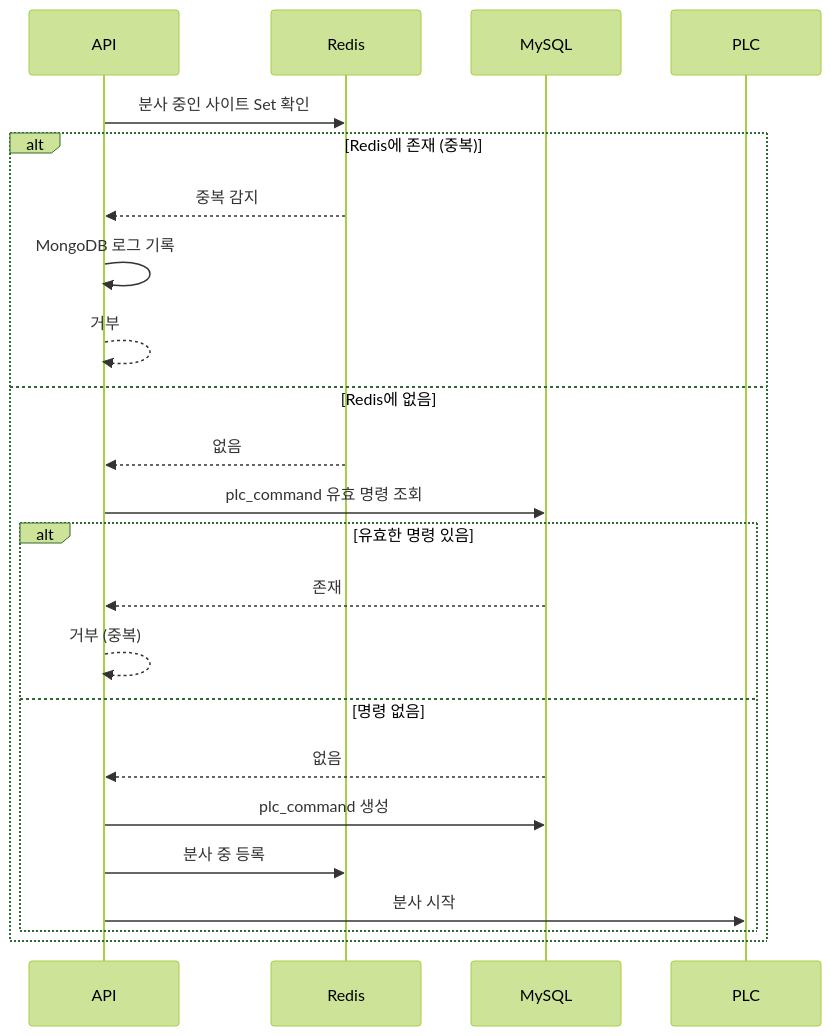
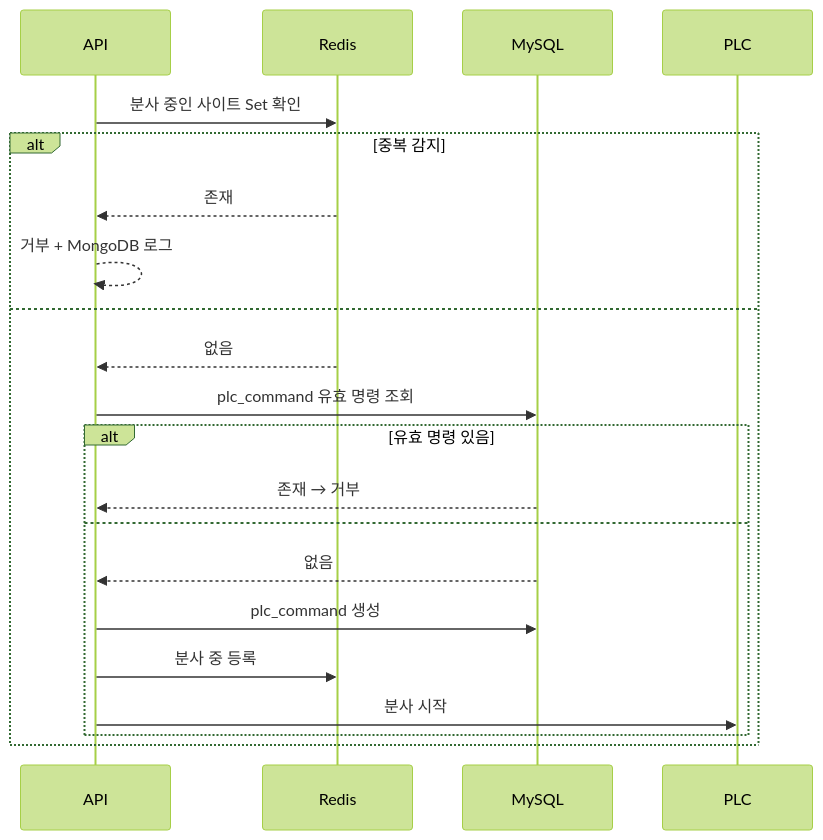
The eighth of 9 diagrams in README.md (1985jwlee/production-iot-backend), drawn with Mermaid (forest theme) before and after one commit. The commit also changed other lines of this file, not shown here.

````diff
--- a/README.md
+++ b/README.md
@@ -358,26 +257,23 @@
 ```mermaid
 sequenceDiagram
     participant API
     participant Redis
     participant MySQL
     participant PLC
-
     API->>Redis: 분사 중인 사이트 Set 확인
-    alt Redis에 존재 (중복)
-        Redis-->>API: 중복 감지
-        API->>API: MongoDB 로그 기록
-        API-->>API: 거부
-    else Redis에 없음
+    alt 중복 감지
+        Redis-->>API: 존재
+        API-->>API: 거부 + MongoDB 로그
+    else
         Redis-->>API: 없음
         API->>MySQL: plc_command 유효 명령 조회
-        alt 유효한 명령 있음
-            MySQL-->>API: 존재
-            API-->>API: 거부 (중복)
-        else 명령 없음
+        alt 유효 명령 있음
+            MySQL-->>API: 존재 → 거부
+        else
             MySQL-->>API: 없음
             API->>MySQL: plc_command 생성
             API->>Redis: 분사 중 등록
             API->>PLC: 분사 시작
         end
     end
 ```
````
